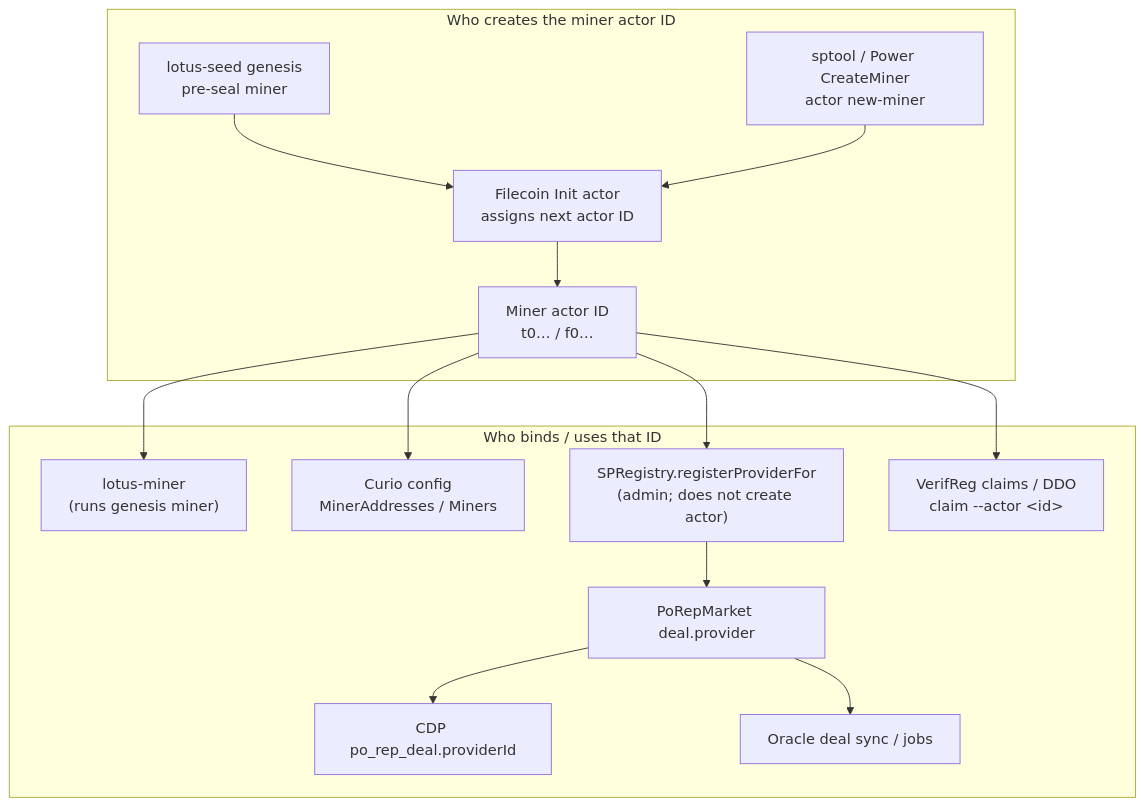
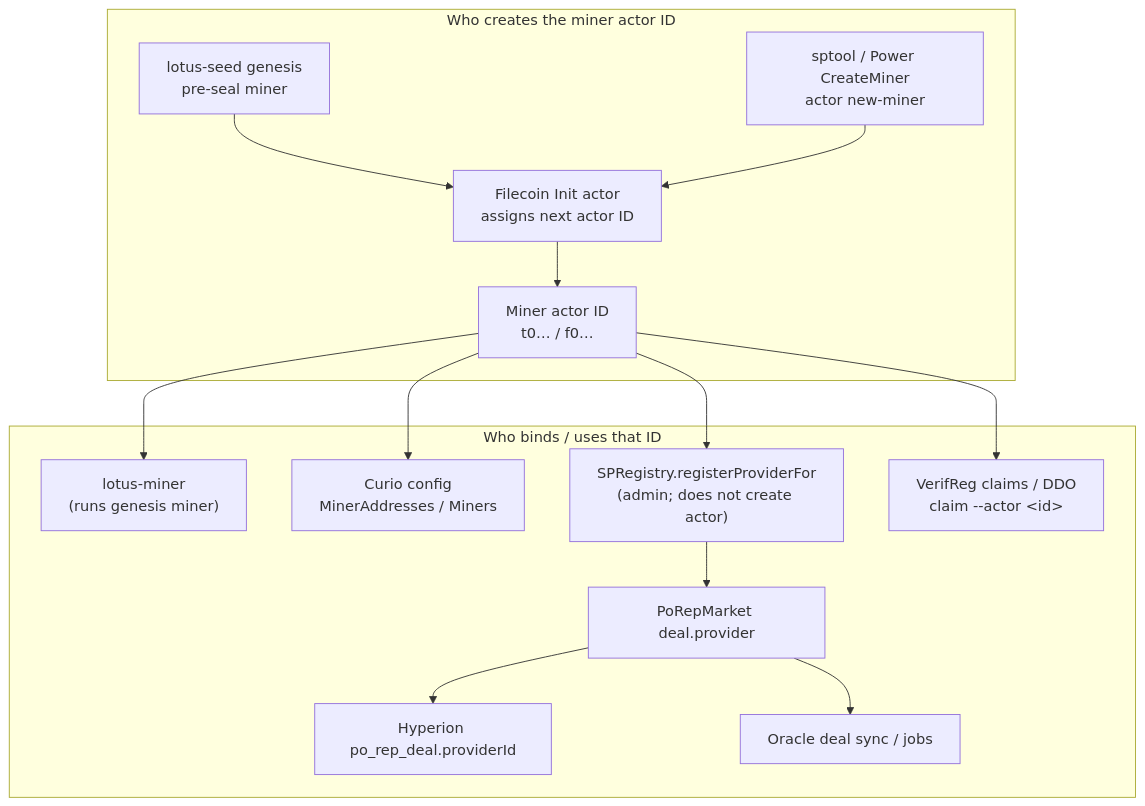
The sixth of 12 diagrams in ARCHITECTURE.md (fidlabs/FCSS-devnet), drawn with Mermaid before and after one commit. The commit also changed other lines of this file and 34 other files, not shown here.

First line of the commit message:
Replace CDP with Hyperion as the local PoRep indexer.

````diff
--- a/ARCHITECTURE.md
+++ b/ARCHITECTURE.md
@@ -344,29 +344,29 @@
 ```mermaid
 flowchart TB
   subgraph Allocate["Who creates the miner actor ID"]
     Genesis["lotus-seed genesis<br/>pre-seal miner"]
     NewMiner["sptool / Power CreateMiner<br/>actor new-miner"]
     Init["Filecoin Init actor<br/>assigns next actor ID"]
     Genesis --> Init
     NewMiner --> Init
     Init --> MinerID["Miner actor ID<br/>t0… / f0…"]
   end
 
   subgraph Bind["Who binds / uses that ID"]
     LotusMiner["lotus-miner<br/>(runs genesis miner)"]
     CurioCfg["Curio config<br/>MinerAddresses / Miners"]
     Registry["SPRegistry.registerProviderFor<br/>(admin; does not create actor)"]
     Market["PoRepMarket deal.provider"]
     Claims["VerifReg claims / DDO<br/>claim --actor &lt;id&gt;"]
-    CDPIdx["CDP po_rep_deal.providerId"]
+    HyperionIdx["Hyperion po_rep_deal.providerId"]
     OracleJobs["Oracle deal sync / jobs"]
   end
 
   MinerID --> LotusMiner
   MinerID --> CurioCfg
   MinerID --> Registry
   Registry --> Market
   MinerID --> Claims
-  Market --> CDPIdx
+  Market --> HyperionIdx
   Market --> OracleJobs
 ```
````
